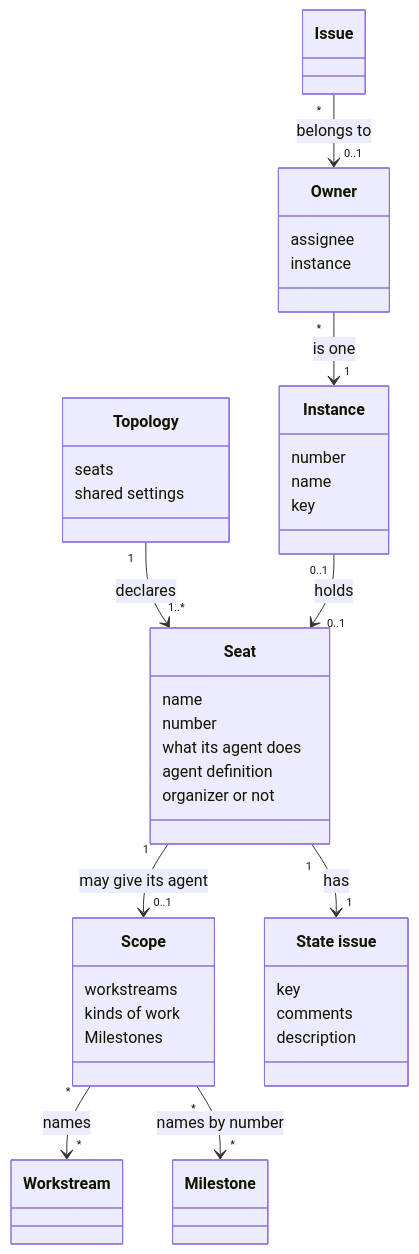
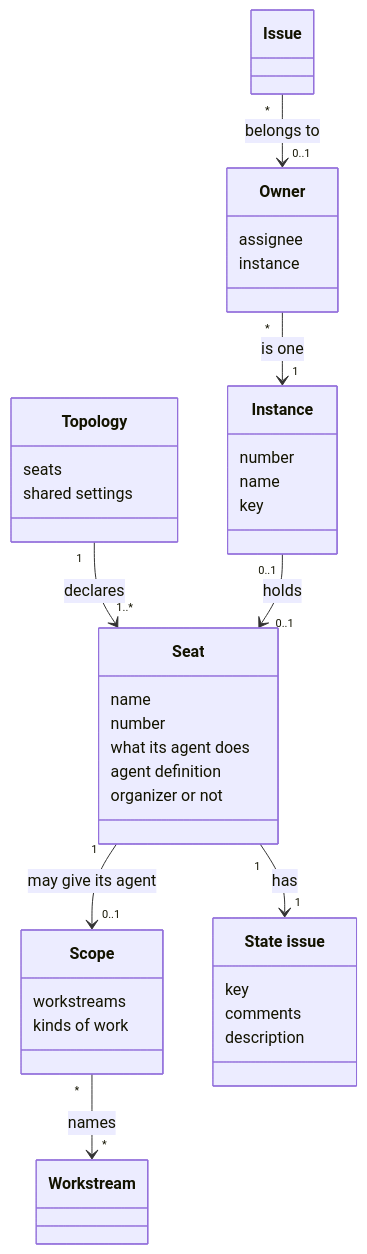
The first of 3 diagrams in tech-docs/analysis/project-management/domain-model/060-parallel-work.md (aleskalfas/project-kit), drawn with Mermaid before and after one commit. The commit also changed other lines of this file and 21 other files, not shown here.

First line of the commit message:
chore(project-management): undo the per-seat milestone scope

````diff
--- a/tech-docs/analysis/project-management/domain-model/060-parallel-work.md
+++ b/tech-docs/analysis/project-management/domain-model/060-parallel-work.md
@@ -39,46 +39,43 @@
 ```mermaid
 classDiagram
   accTitle: Parallel work
-  accDescr: A topology declares seats, and the settings the seats share. A seat may give the seat's agent a scope, which names workstreams, kinds of work and Milestones. A seat has one state issue, keyed by the seat's name. An instance holds at most one seat, and takes the seat's name and number. An issue belongs to at most one owner, which is one instance, paired with the issue's assignee.
+  accDescr: A topology declares seats, and the settings the seats share. A seat may give the seat's agent a scope, which names workstreams and kinds of work. A seat has one state issue, keyed by the seat's name. An instance holds at most one seat, and takes the seat's name and number. An issue belongs to at most one owner, which is one instance, paired with the issue's assignee.
   class Topology {
     seats
     shared settings
   }
   class Seat {
     name
     number
     what its agent does
     agent definition
     organizer or not
   }
   class Scope {
     workstreams
     kinds of work
-    Milestones
   }
   class Instance {
     number
     name
     key
   }
   class Owner {
     assignee
     instance
   }
   class StateIssue["State issue"] {
     key
     comments
     description
   }
   class Workstream
-  class Milestone
   class Issue
   Topology "1" --> "1..*" Seat : declares
   Seat "1" --> "0..1" Scope : may give its agent
   Seat "1" --> "1" StateIssue : has
   Instance "0..1" --> "0..1" Seat : holds
   Scope "*" --> "*" Workstream : names
-  Scope "*" --> "*" Milestone : names by number
   Owner "*" --> "1" Instance : is one
   Issue "*" --> "0..1" Owner : belongs to
 ```
````
